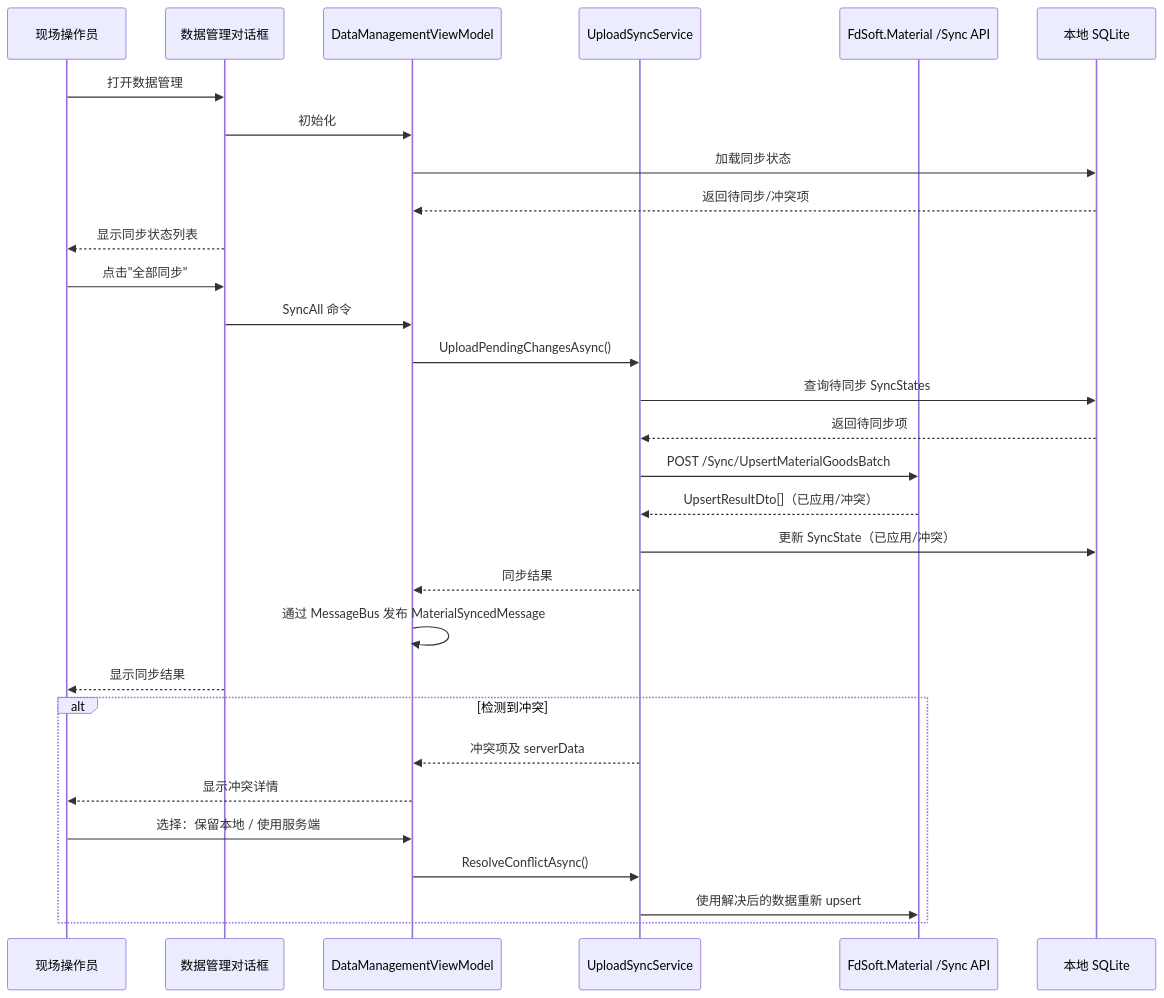
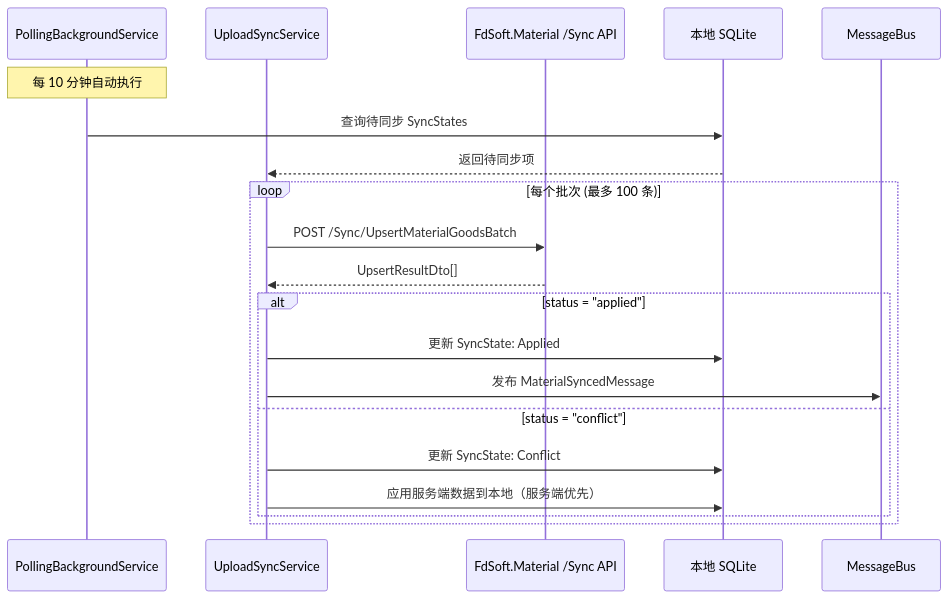
Before and after one commit to feewillowherb/MaterialClient: the diagram in openspec/changes/materialclient-new-sync-material-supplier/proposal.md, drawn with Mermaid. The commit also changed other lines of this file and 4 other files, not shown here.

````diff
--- a/openspec/changes/materialclient-new-sync-material-supplier/proposal.md
+++ b/openspec/changes/materialclient-new-sync-material-supplier/proposal.md
@@ -58,35 +56,25 @@
 ```mermaid
 sequenceDiagram
-    participant U as 现场操作员
-    participant UI as 数据管理对话框
-    participant VM as DataManagementViewModel
+    participant PBS as PollingBackgroundService
     participant SS as UploadSyncService
     participant API as FdSoft.Material /Sync API
     participant DB as 本地 SQLite
+    participant MB as MessageBus
 
-    U->>UI: 打开数据管理
-    UI->>VM: 初始化
-    VM->>DB: 加载同步状态
-    DB-->>VM: 返回待同步/冲突项
-    UI-->>U: 显示同步状态列表
+    Note over PBS: 每 10 分钟自动执行
+    PBS->>DB: 查询待同步 SyncStates
+    DB-->>SS: 返回待同步项
 
-    U->>UI: 点击"全部同步"
-    UI->>VM: SyncAll 命令
-    VM->>SS: UploadPendingChangesAsync()
-    SS->>DB: 查询待同步 SyncStates
-    DB-->>SS: 返回待同步项
-    SS->>API: POST /Sync/UpsertMaterialGoodsBatch
-    API-->>SS: UpsertResultDto[]（已应用/冲突）
-    SS->>DB: 更新 SyncState（已应用/冲突）
-    SS-->>VM: 同步结果
-    VM->>VM: 通过 MessageBus 发布 MaterialSyncedMessage
-    UI-->>U: 显示同步结果
+    loop 每个批次 (最多 100 条)
+        SS->>API: POST /Sync/UpsertMaterialGoodsBatch
+        API-->>SS: UpsertResultDto[]
 
-    alt 检测到冲突
-        SS-->>VM: 冲突项及 serverData
-        VM-->>U: 显示冲突详情
-        U->>VM: 选择：保留本地 / 使用服务端
-        VM->>SS: ResolveConflictAsync()
-        SS->>API: 使用解决后的数据重新 upsert
+        alt status = "applied"
+            SS->>DB: 更新 SyncState: Applied
+            SS->>MB: 发布 MaterialSyncedMessage
+        else status = "conflict"
+            SS->>DB: 更新 SyncState: Conflict
+            SS->>DB: 应用服务端数据到本地（服务端优先）
+        end
     end
 ```
````
